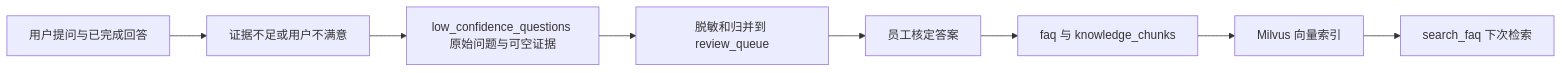
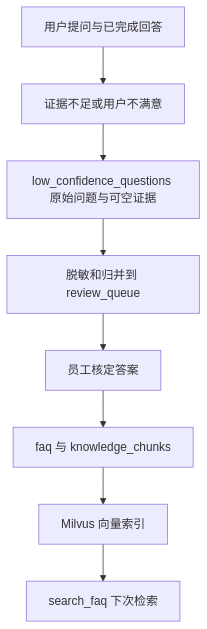
The diagram in docs/数据飞轮.md (Tindalos-ik/Aiden), drawn with Mermaid before and after one commit. The commit also changed 11 other files, not shown here.

````diff
--- a/docs/数据飞轮.md
+++ b/docs/数据飞轮.md
@@ -5,10 +5,10 @@
 ```mermaid
-graph LR
+graph TD
     A["用户提问与已完成回答"] --> B["证据不足或用户不满意"]
     B --> C["low_confidence_questions 原始问题与可空证据"]
     C --> D["脱敏和归并到 review_queue"]
     D --> E["员工核定答案"]
     E --> F["faq 与 knowledge_chunks"]
     F --> G["Milvus 向量索引"]
     G --> H["search_faq 下次检索"]
 ```
````
